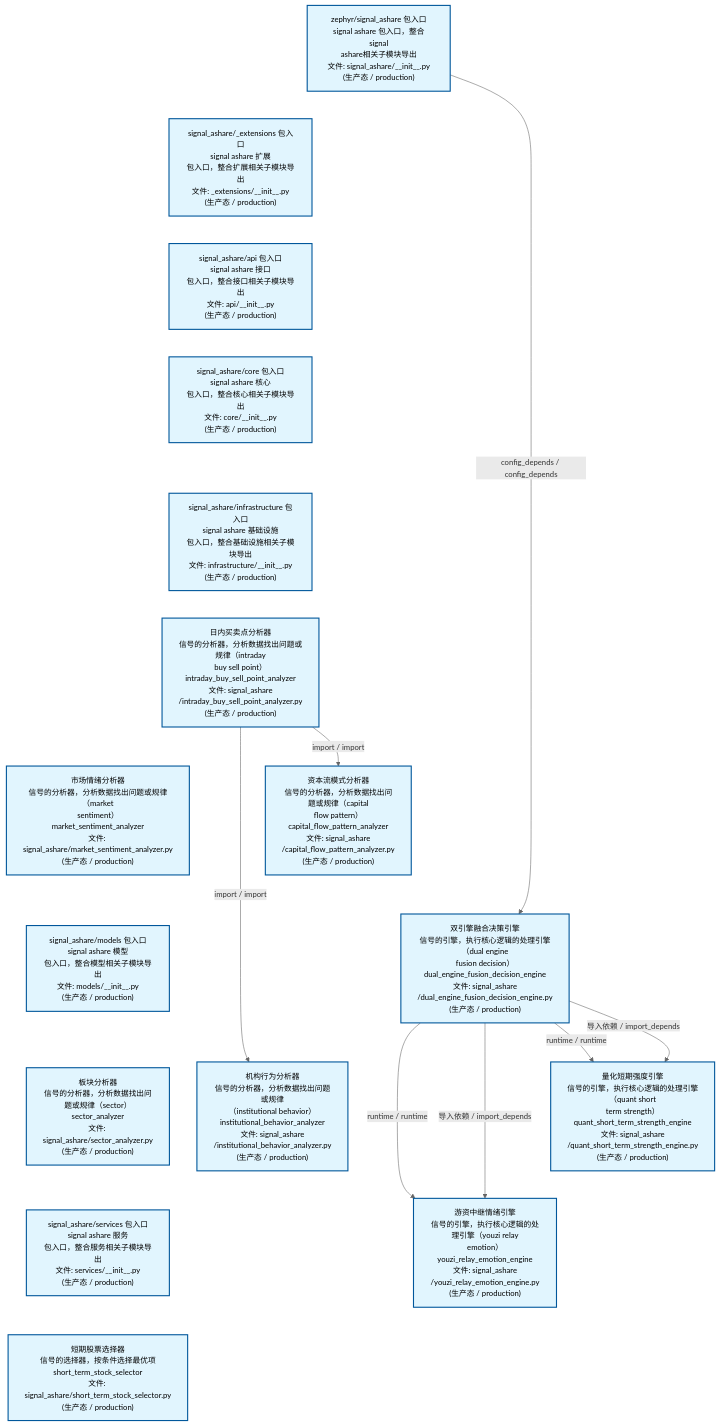
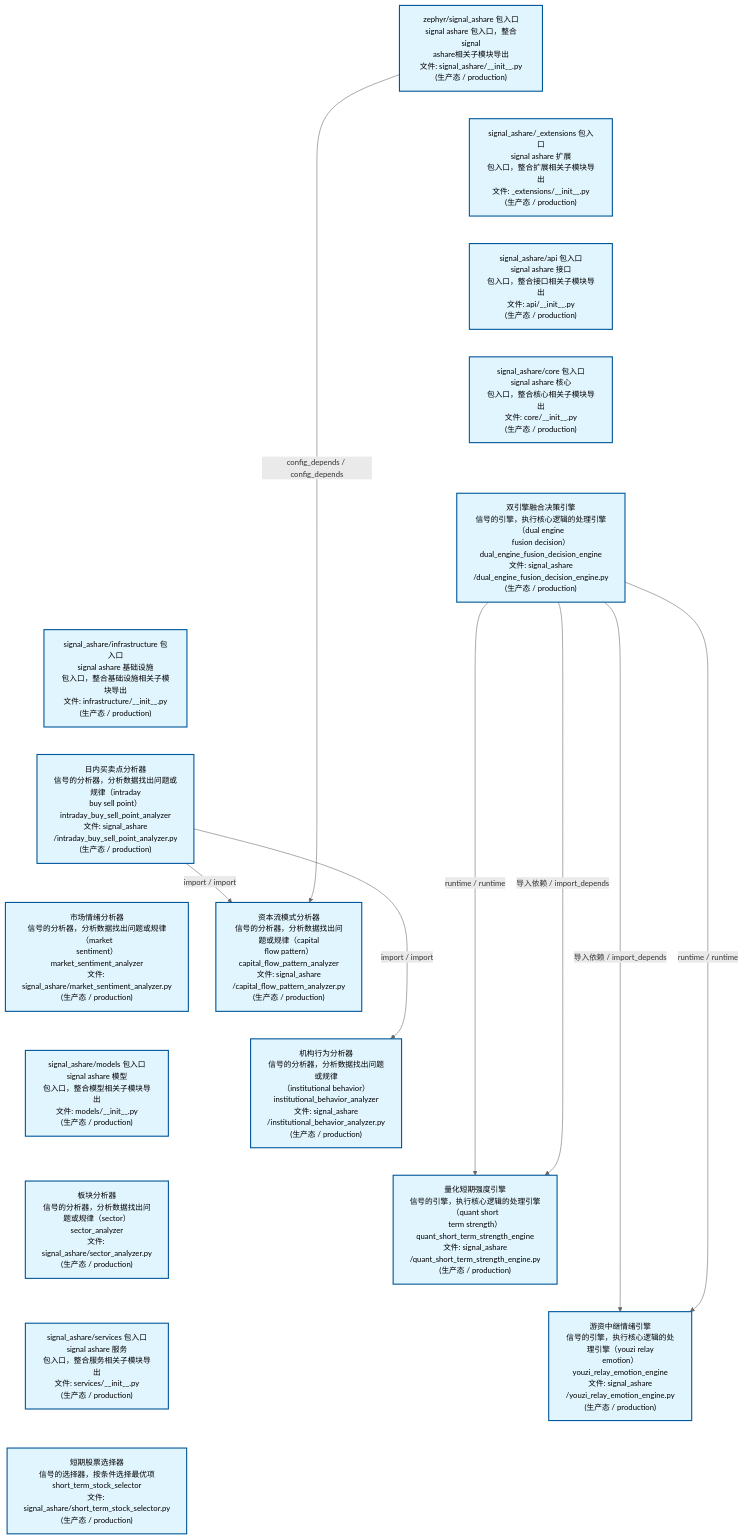
The second of 4 diagrams in docs/02_enterprise_architecture/02_domain_architecture_docs/32_d_ashare_signal.md (xuanFelixVan/ZephyrAlpha), drawn with Mermaid before and after one commit. The commit also changed other lines of this file and 48 other files, not shown here.

````diff
--- a/docs/02_enterprise_architecture/02_domain_architecture_docs/32_d_ashare_signal.md
+++ b/docs/02_enterprise_architecture/02_domain_architecture_docs/32_d_ashare_signal.md
@@ -180,45 +180,46 @@
 ```mermaid
 %%{init: {'theme': 'base', 'themeVariables': {'primaryColor': '#eaeaea', 'primaryTextColor': '#333333', 'primaryBorderColor': '#666666', 'lineColor': '#666666', 'secondaryColor': '#eaeaea', 'tertiaryColor': '#eaeaea', 'fontSize': '14px'}}}%%
 flowchart TD
     src_zephyr_signal_ashare_init_py["zephyr/signal_ashare 包入口<br/>signal ashare 包入口，整合signal<br/>ashare相关子模块导出<br/>文件: signal_ashare/__init__.py<br/>(生产态 / production)"]
     src_zephyr_signal_ashare_extensions_init_py["signal_ashare/_extensions 包入口<br/>signal ashare 扩展<br/>包入口，整合扩展相关子模块导出<br/>文件: _extensions/__init__.py<br/>(生产态 / production)"]
     src_zephyr_signal_ashare_api_init_py["signal_ashare/api 包入口<br/>signal ashare 接口<br/>包入口，整合接口相关子模块导出<br/>文件: api/__init__.py<br/>(生产态 / production)"]
     src_zephyr_signal_ashare_core_init_py["signal_ashare/core 包入口<br/>signal ashare 核心<br/>包入口，整合核心相关子模块导出<br/>文件: core/__init__.py<br/>(生产态 / production)"]
+    src_zephyr_signal_ashare_dual_engine_fusion_decision_engine_py["双引擎融合决策引擎<br/>信号的引擎，执行核心逻辑的处理引擎（dual engine<br/>fusion decision）<br/>dual_engine_fusion_decision_engine<br/>文件: signal_ashare<br/>/dual_engine_fusion_decision_engine.py<br/>(生产态 / production)"]
     src_zephyr_signal_ashare_infrastructure_init_py["signal_ashare/infrastructure 包入口<br/>signal ashare 基础设施<br/>包入口，整合基础设施相关子模块导出<br/>文件: infrastructure/__init__.py<br/>(生产态 / production)"]
     src_zephyr_signal_ashare_intraday_buy_sell_point_analyzer_py["日内买卖点分析器<br/>信号的分析器，分析数据找出问题或规律（intraday<br/>buy sell point）<br/>intraday_buy_sell_point_analyzer<br/>文件: signal_ashare<br/>/intraday_buy_sell_point_analyzer.py<br/>(生产态 / production)"]
     src_zephyr_signal_ashare_market_sentiment_analyzer_py["市场情绪分析器<br/>信号的分析器，分析数据找出问题或规律（market<br/>sentiment）<br/>market_sentiment_analyzer<br/>文件: signal_ashare/market_sentiment_analyzer.py<br/>(生产态 / production)"]
     src_zephyr_signal_ashare_models_init_py["signal_ashare/models 包入口<br/>signal ashare 模型<br/>包入口，整合模型相关子模块导出<br/>文件: models/__init__.py<br/>(生产态 / production)"]
     src_zephyr_signal_ashare_sector_analyzer_py["板块分析器<br/>信号的分析器，分析数据找出问题或规律（sector）<br/>sector_analyzer<br/>文件: signal_ashare/sector_analyzer.py<br/>(生产态 / production)"]
     src_zephyr_signal_ashare_services_init_py["signal_ashare/services 包入口<br/>signal ashare 服务<br/>包入口，整合服务相关子模块导出<br/>文件: services/__init__.py<br/>(生产态 / production)"]
     src_zephyr_signal_ashare_short_term_stock_selector_py["短期股票选择器<br/>信号的选择器，按条件选择最优项<br/>short_term_stock_selector<br/>文件: signal_ashare/short_term_stock_selector.py<br/>(生产态 / production)"]
     src_zephyr_signal_ashare_init_py ~~~ src_zephyr_signal_ashare_extensions_init_py
     src_zephyr_signal_ashare_extensions_init_py ~~~ src_zephyr_signal_ashare_api_init_py
     src_zephyr_signal_ashare_api_init_py ~~~ src_zephyr_signal_ashare_core_init_py
-    src_zephyr_signal_ashare_core_init_py ~~~ src_zephyr_signal_ashare_infrastructure_init_py
+    src_zephyr_signal_ashare_core_init_py ~~~ src_zephyr_signal_ashare_dual_engine_fusion_decision_engine_py
+    src_zephyr_signal_ashare_dual_engine_fusion_decision_engine_py ~~~ src_zephyr_signal_ashare_infrastructure_init_py
     src_zephyr_signal_ashare_infrastructure_init_py ~~~ src_zephyr_signal_ashare_intraday_buy_sell_point_analyzer_py
     src_zephyr_signal_ashare_intraday_buy_sell_point_analyzer_py ~~~ src_zephyr_signal_ashare_market_sentiment_analyzer_py
     src_zephyr_signal_ashare_market_sentiment_analyzer_py ~~~ src_zephyr_signal_ashare_models_init_py
     src_zephyr_signal_ashare_models_init_py ~~~ src_zephyr_signal_ashare_sector_analyzer_py
     src_zephyr_signal_ashare_sector_analyzer_py ~~~ src_zephyr_signal_ashare_services_init_py
     src_zephyr_signal_ashare_services_init_py ~~~ src_zephyr_signal_ashare_short_term_stock_selector_py
     src_zephyr_signal_ashare_capital_flow_pattern_analyzer_py["资本流模式分析器<br/>信号的分析器，分析数据找出问题或规律（capital<br/>flow pattern）<br/>capital_flow_pattern_analyzer<br/>文件: signal_ashare<br/>/capital_flow_pattern_analyzer.py<br/>(生产态 / production)"]
-    src_zephyr_signal_ashare_dual_engine_fusion_decision_engine_py["双引擎融合决策引擎<br/>信号的引擎，执行核心逻辑的处理引擎（dual engine<br/>fusion decision）<br/>dual_engine_fusion_decision_engine<br/>文件: signal_ashare<br/>/dual_engine_fusion_decision_engine.py<br/>(生产态 / production)"]
     src_zephyr_signal_ashare_institutional_behavior_analyzer_py["机构行为分析器<br/>信号的分析器，分析数据找出问题或规律<br/>（institutional behavior）<br/>institutional_behavior_analyzer<br/>文件: signal_ashare<br/>/institutional_behavior_analyzer.py<br/>(生产态 / production)"]
-    src_zephyr_signal_ashare_capital_flow_pattern_analyzer_py ~~~ src_zephyr_signal_ashare_dual_engine_fusion_decision_engine_py
-    src_zephyr_signal_ashare_dual_engine_fusion_decision_engine_py ~~~ src_zephyr_signal_ashare_institutional_behavior_analyzer_py
     src_zephyr_signal_ashare_quant_short_term_strength_engine_py["量化短期强度引擎<br/>信号的引擎，执行核心逻辑的处理引擎（quant short<br/>term strength）<br/>quant_short_term_strength_engine<br/>文件: signal_ashare<br/>/quant_short_term_strength_engine.py<br/>(生产态 / production)"]
     src_zephyr_signal_ashare_youzi_relay_emotion_engine_py["游资中继情绪引擎<br/>信号的引擎，执行核心逻辑的处理引擎（youzi relay<br/>emotion）<br/>youzi_relay_emotion_engine<br/>文件: signal_ashare<br/>/youzi_relay_emotion_engine.py<br/>(生产态 / production)"]
+    src_zephyr_signal_ashare_capital_flow_pattern_analyzer_py ~~~ src_zephyr_signal_ashare_institutional_behavior_analyzer_py
+    src_zephyr_signal_ashare_institutional_behavior_analyzer_py ~~~ src_zephyr_signal_ashare_quant_short_term_strength_engine_py
     src_zephyr_signal_ashare_quant_short_term_strength_engine_py ~~~ src_zephyr_signal_ashare_youzi_relay_emotion_engine_py
+    src_zephyr_signal_ashare_dual_engine_fusion_decision_engine_py -->|导入依赖 / import_depends| src_zephyr_signal_ashare_youzi_relay_emotion_engine_py
     src_zephyr_signal_ashare_dual_engine_fusion_decision_engine_py -->|runtime / runtime| src_zephyr_signal_ashare_youzi_relay_emotion_engine_py
-    src_zephyr_signal_ashare_dual_engine_fusion_decision_engine_py -->|导入依赖 / import_depends| src_zephyr_signal_ashare_youzi_relay_emotion_engine_py
     src_zephyr_signal_ashare_dual_engine_fusion_decision_engine_py -->|runtime / runtime| src_zephyr_signal_ashare_quant_short_term_strength_engine_py
     src_zephyr_signal_ashare_dual_engine_fusion_decision_engine_py -->|导入依赖 / import_depends| src_zephyr_signal_ashare_quant_short_term_strength_engine_py
+    src_zephyr_signal_ashare_intraday_buy_sell_point_analyzer_py -->|import / import| src_zephyr_signal_ashare_capital_flow_pattern_analyzer_py
     src_zephyr_signal_ashare_intraday_buy_sell_point_analyzer_py -->|import / import| src_zephyr_signal_ashare_institutional_behavior_analyzer_py
-    src_zephyr_signal_ashare_intraday_buy_sell_point_analyzer_py -->|import / import| src_zephyr_signal_ashare_capital_flow_pattern_analyzer_py
-    src_zephyr_signal_ashare_init_py -->|config_depends / config_depends| src_zephyr_signal_ashare_dual_engine_fusion_decision_engine_py
+    src_zephyr_signal_ashare_init_py -->|config_depends / config_depends| src_zephyr_signal_ashare_capital_flow_pattern_analyzer_py
     classDef production fill:#e1f5fe,stroke:#01579b,stroke-width:2px,color:#000
     classDef design fill:#fff3e0,stroke:#e65100,stroke-width:2px,color:#000,stroke-dasharray: 5 5
     classDef external_prod fill:#e8f4fd,stroke:#0277bd,stroke-width:1px,color:#000
     classDef external_design fill:#fff8e7,stroke:#ef6c00,stroke-width:1px,color:#000,stroke-dasharray: 5 5
     class src_zephyr_signal_ashare_init_py,src_zephyr_signal_ashare_extensions_init_py,src_zephyr_signal_ashare_api_init_py,src_zephyr_signal_ashare_capital_flow_pattern_analyzer_py,src_zephyr_signal_ashare_core_init_py,src_zephyr_signal_ashare_dual_engine_fusion_decision_engine_py,src_zephyr_signal_ashare_infrastructure_init_py,src_zephyr_signal_ashare_institutional_behavior_analyzer_py,src_zephyr_signal_ashare_intraday_buy_sell_point_analyzer_py,src_zephyr_signal_ashare_market_sentiment_analyzer_py,src_zephyr_signal_ashare_models_init_py,src_zephyr_signal_ashare_quant_short_term_strength_engine_py,src_zephyr_signal_ashare_sector_analyzer_py,src_zephyr_signal_ashare_services_init_py,src_zephyr_signal_ashare_short_term_stock_selector_py,src_zephyr_signal_ashare_youzi_relay_emotion_engine_py production
 ```
````
